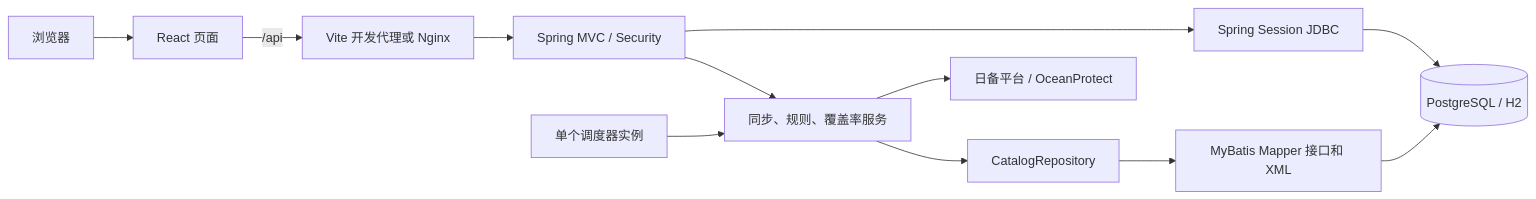
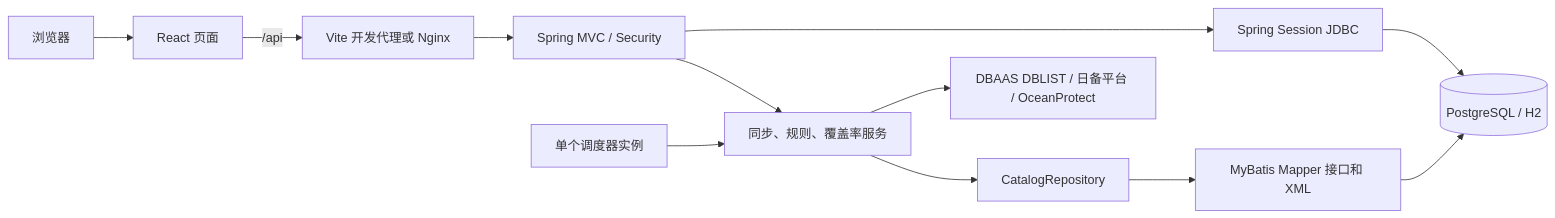
The diagram in README.md (005-guild/backup-manager), drawn with Mermaid before and after one commit. The commit also changed other lines of this file and 25 other files, not shown here.

````diff
--- a/README.md
+++ b/README.md
@@ -88,14 +91,14 @@
 ```mermaid
 flowchart LR
     U[浏览器] --> F[React 页面]
     F -->|/api| W[Vite 开发代理或 Nginx]
     W --> C[Spring MVC / Security]
     C --> S[同步、规则、覆盖率服务]
     S --> R[CatalogRepository]
     R --> M[MyBatis Mapper 接口和 XML]
     M --> D[(PostgreSQL / H2)]
     C --> SS[Spring Session JDBC]
     SS --> D
     SCH[单个调度器实例] --> S
-    S --> P[日备平台 / OceanProtect]
+    S --> P[DBAAS DBLIST / 日备平台 / OceanProtect]
 ```
````
